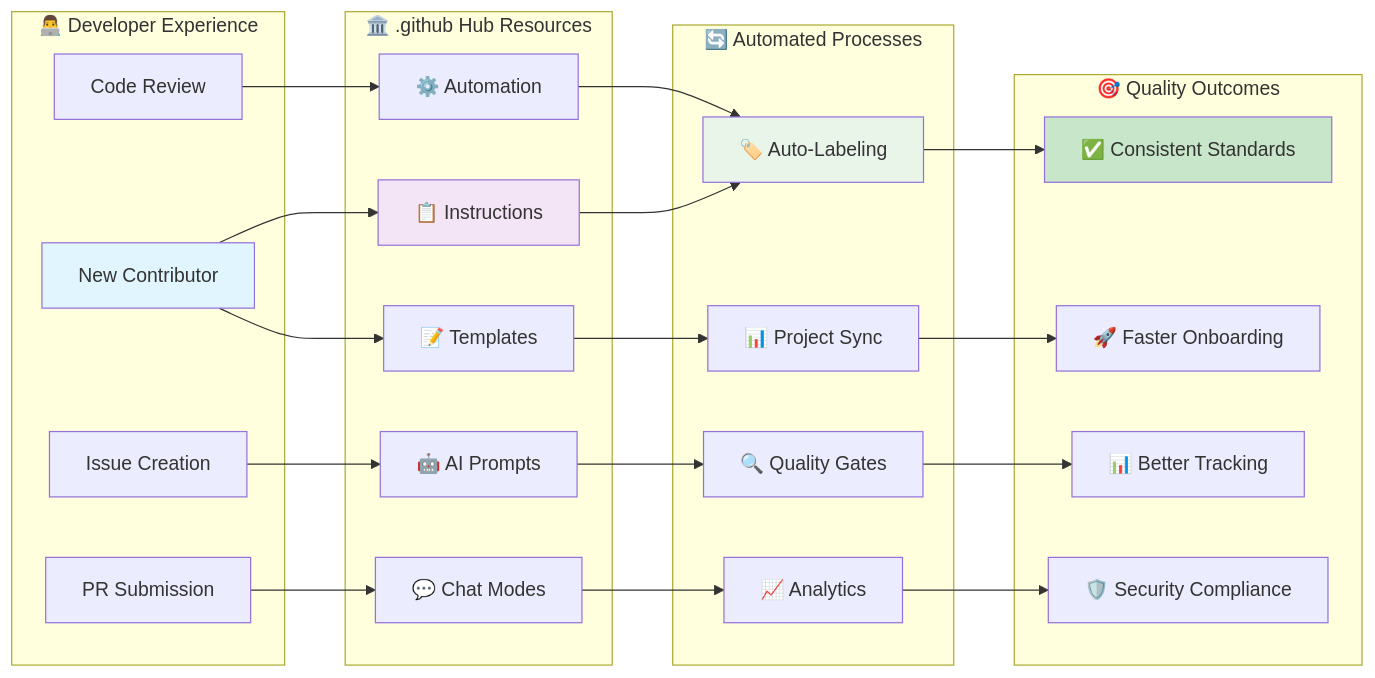
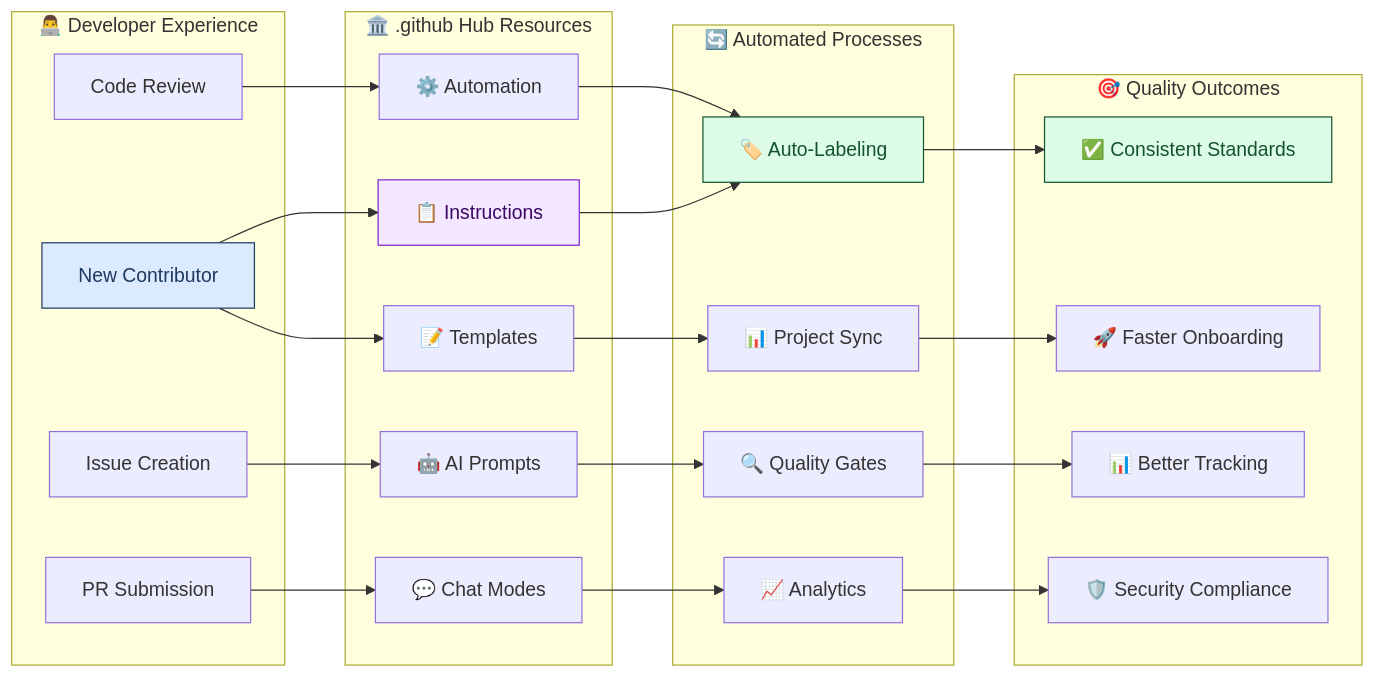
Before and after one commit to lightspeedwp/.github: the fourth of 4 diagrams in .github/README.md, drawn with Mermaid. The commit also changed other lines of this file and 28 other files, not shown here.

Commit message:
fix: make mermaid diagrams accessible

````diff
--- a/.github/README.md
+++ b/.github/README.md
@@ -401,61 +401,61 @@
 ```mermaid
 ---
 accTitle: Complete Integration Flow
 accDescr: Flowchart showing the developer experience (new contributor, issue creation, PR submission, code review) connecting to .github hub resources (instructions, templates, AI prompts, chat modes, automation), leading to automated processes (auto-labeling, project sync, quality gates, analytics), resulting in quality outcomes (consistent standards, faster onboarding, better tracking, security compliance)
 ---
 flowchart LR
 accTitle: Complete integration flow for development and governance
 accDescr {
   The workflow integrates four layers: Developer Experience (New Contributor, Issue Creation, PR Submission, Code Review) connects to .github Hub Resources (Instructions, Templates, AI Prompts, Chat Modes, Automation), which feeds Automated Processes (Auto-Labeling, Project Sync, Quality Gates, Analytics), ultimately delivering Quality Outcomes (Consistent Standards, Faster Onboarding, Better Tracking, Security Compliance).
 }
     subgraph "👨‍💻 Developer Experience"
         A[New Contributor]
         B[Issue Creation]
         C[PR Submission]
         D[Code Review]
     end
 
     subgraph "🏛️ .github Hub Resources"
         E[📋 Instructions]
         F[📝 Templates]
         G[🤖 AI Prompts]
         H[💬 Chat Modes]
         I[⚙️ Automation]
     end
 
     subgraph "🔄 Automated Processes"
         J[🏷️ Auto-Labeling]
         K[📊 Project Sync]
         L[🔍 Quality Gates]
         M[📈 Analytics]
     end
 
     subgraph "🎯 Quality Outcomes"
         N[✅ Consistent Standards]
         O[🚀 Faster Onboarding]
         P[📊 Better Tracking]
         Q[🛡️ Security Compliance]
     end
 
     A --> E
     A --> F
     B --> G
     C --> H
     D --> I
 
     E --> J
     F --> K
     G --> L
     H --> M
     I --> J
 
     J --> N
     K --> O
     L --> P
     M --> Q
 
-    style A fill:#e1f5fe
-    style E fill:#f3e5f5
-    style J fill:#e8f5e8
-    style N fill:#c8e6c9
+    style A fill:#dbeafe,color:#1e3a5f,stroke:#1e3a5f
+    style E fill:#f3e8ff,color:#3b0764,stroke:#7e22ce
+    style J fill:#dcfce7,color:#14532d,stroke:#14532d
+    style N fill:#dcfce7,color:#14532d,stroke:#14532d
 ```
````
